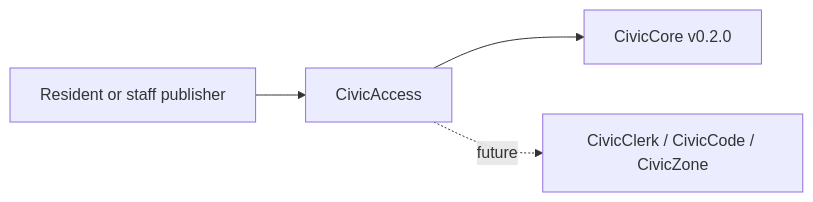
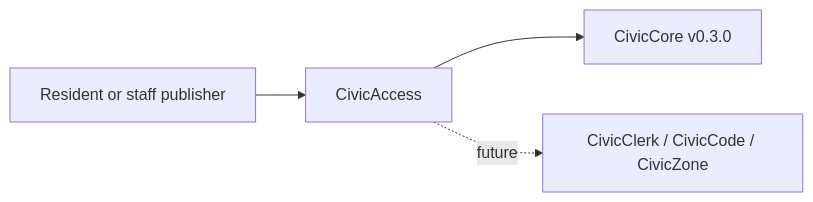
The diagram in USER-MANUAL.md (CivicSuite/civicaccess), drawn with Mermaid before and after one commit. The commit also changed other lines of this file and 21 other files, not shown here.

First line of the commit message:
chore: align CivicAccess with civiccore v0.3.0 (#3)

````diff
--- a/USER-MANUAL.md
+++ b/USER-MANUAL.md
@@ -31,6 +31,6 @@
 ```mermaid
 flowchart LR
   PublicUser["Resident or staff publisher"] --> CivicAccess["CivicAccess"]
-  CivicAccess --> CivicCore["CivicCore v0.2.0"]
+CivicAccess --> CivicCore["CivicCore v0.3.0"]
   CivicAccess -. future .-> Modules["CivicClerk / CivicCode / CivicZone"]
 ```
````
